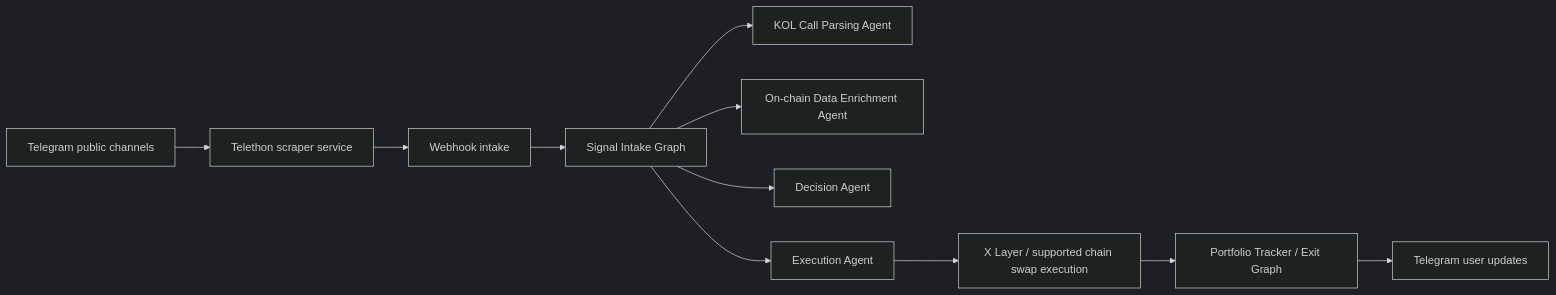
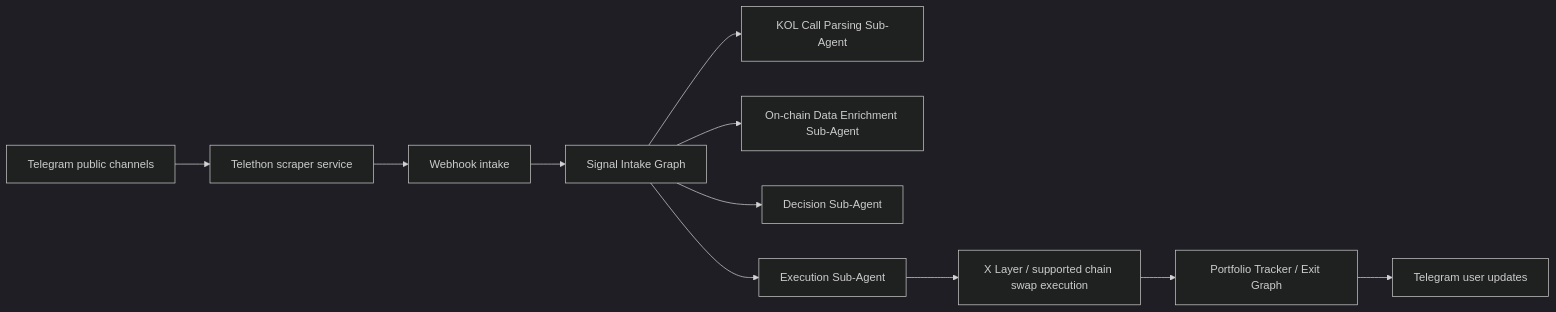
One commit to gist-kol-copy-trade-agent/agent-system changed the first of 2 diagrams in README.md. Above: the diagram before and after it, drawn with Mermaid (dark theme). The commit also changed other lines of this file and 7 other files, not shown here.

````diff
--- a/README.md
+++ b/README.md
@@ -78,13 +78,13 @@
 ```mermaid
 flowchart LR
     TG["Telegram public channels"] --> SC["Telethon scraper service"]
     SC --> WH["Webhook intake"]
     WH --> SIG["Signal Intake Graph"]
-    SIG --> PARSE["KOL Call Parsing Agent"]
-    SIG --> ENRICH["On-chain Data Enrichment Agent"]
-    SIG --> DECIDE["Decision Agent"]
-    SIG --> EXEC["Execution Agent"]
+    SIG --> PARSE["KOL Call Parsing Sub-Agent"]
+    SIG --> ENRICH["On-chain Data Enrichment Sub-Agent"]
+    SIG --> DECIDE["Decision Sub-Agent"]
+    SIG --> EXEC["Execution Sub-Agent"]
     EXEC --> XL["X Layer / supported chain swap execution"]
     XL --> POS["Portfolio Tracker / Exit Graph"]
     POS --> TGUSER["Telegram user updates"]
 ```
````
